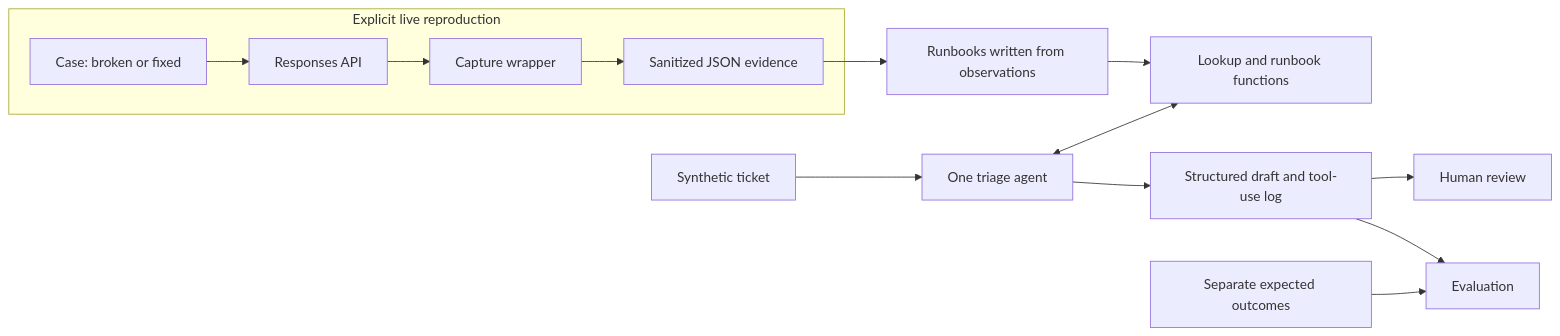
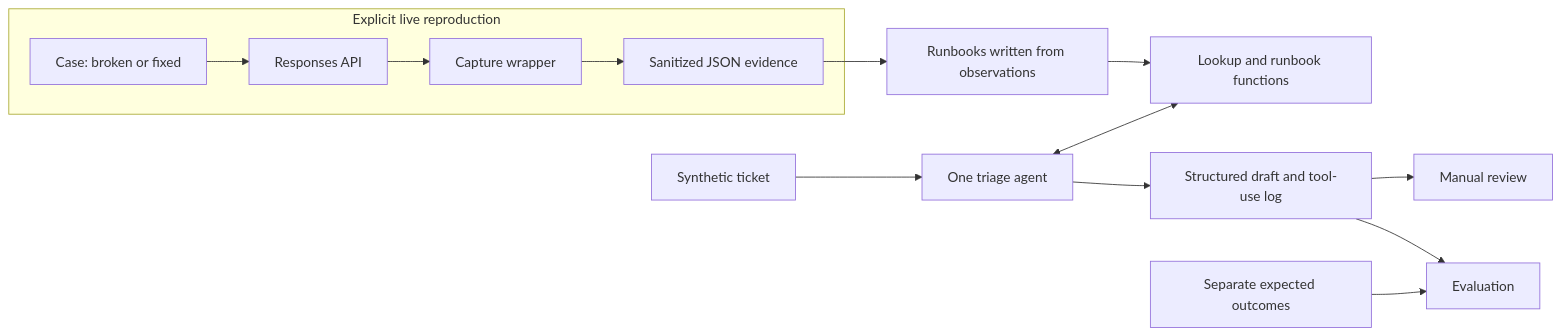
Before and after one commit to tjcollins321/api-support-lab: the diagram in docs/architecture.md, drawn with Mermaid. The commit also changed other lines of this file and 59 other files, not shown here.

````diff
--- a/docs/architecture.md
+++ b/docs/architecture.md
@@ -9,16 +9,16 @@
 ```mermaid
 flowchart LR
     subgraph Lab[Explicit live reproduction]
         C[Case: broken or fixed] --> API[Responses API]
         API --> H[Capture wrapper]
         H --> E[Sanitized JSON evidence]
     end
     E --> W[Runbooks written from observations]
     W --> R[Lookup and runbook functions]
     T[Synthetic ticket] --> A[One triage agent]
     A <--> R
     A --> D[Structured draft and tool-use log]
-    D --> P[Human review]
+    D --> P[Manual review]
     D --> V[Evaluation]
     X[Separate expected outcomes] --> V
 ```
````
